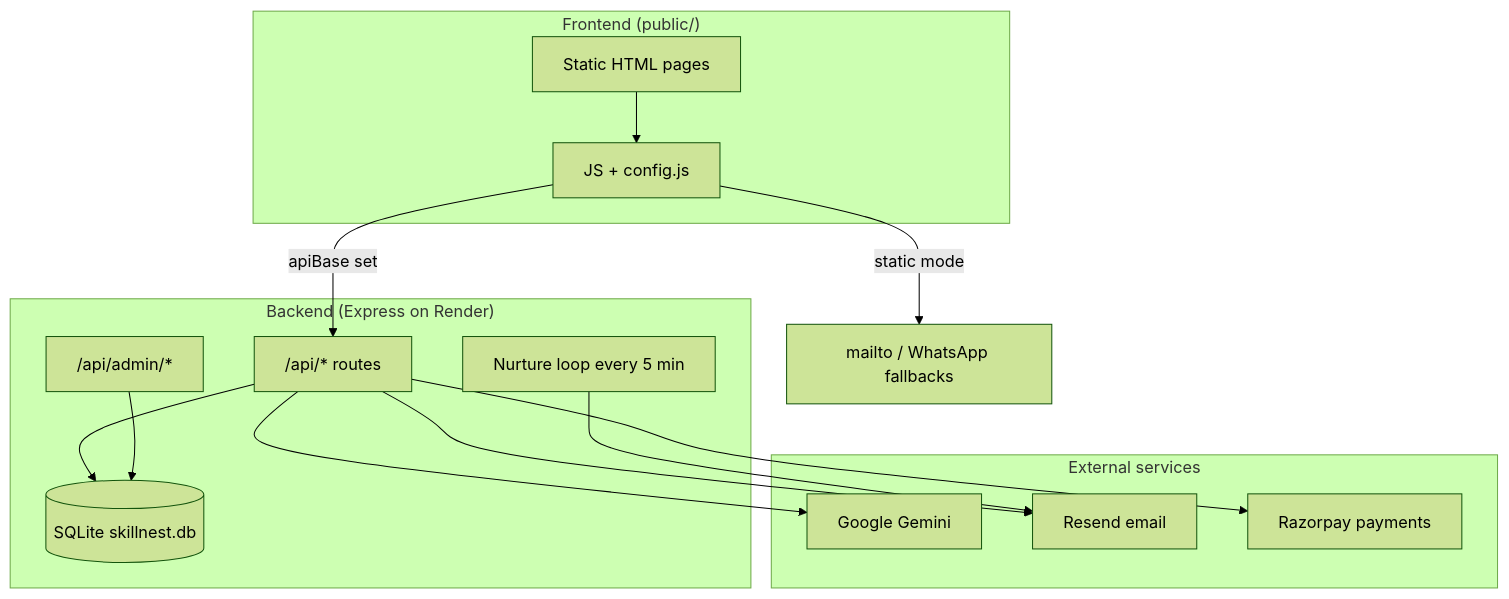
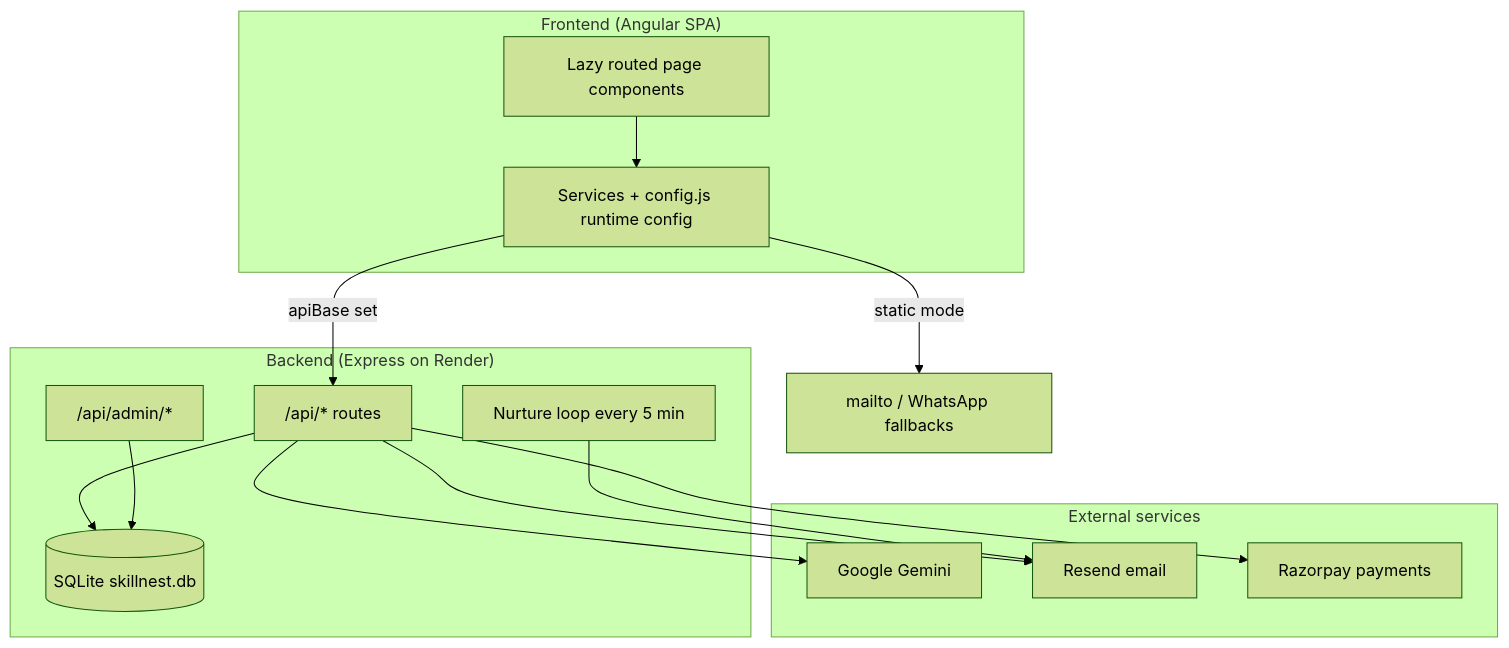
The diagram in VIDYAOPS_CONTEXT.md (nileshdgaikwad8805/vidyaops), drawn with Mermaid (forest theme) before and after one commit. The commit also changed other lines of this file and 224 other files, not shown here.

````diff
--- a/VIDYAOPS_CONTEXT.md
+++ b/VIDYAOPS_CONTEXT.md
@@ -76,30 +91,30 @@
 ```mermaid
 flowchart TB
-  subgraph Frontend["Frontend (public/)"]
-    HTML[Static HTML pages]
-    JS[JS + config.js]
+  subgraph Frontend["Frontend (Angular SPA)"]
+    HTML[Lazy routed page components]
+    JS[Services + config.js runtime config]
   end
 
   subgraph Backend["Backend (Express on Render)"]
     API["/api/* routes"]
     Admin["/api/admin/*"]
     DB[(SQLite skillnest.db)]
     Jobs[Nurture loop every 5 min]
   end
 
   subgraph External["External services"]
     Gemini[Google Gemini]
     Resend[Resend email]
     Razorpay[Razorpay payments]
   end
 
   HTML --> JS
   JS -->|apiBase set| API
   JS -->|static mode| Mailto[mailto / WhatsApp fallbacks]
   API --> DB
   Admin --> DB
   API --> Gemini
   API --> Resend
   API --> Razorpay
   Jobs --> Resend
 ```
````
